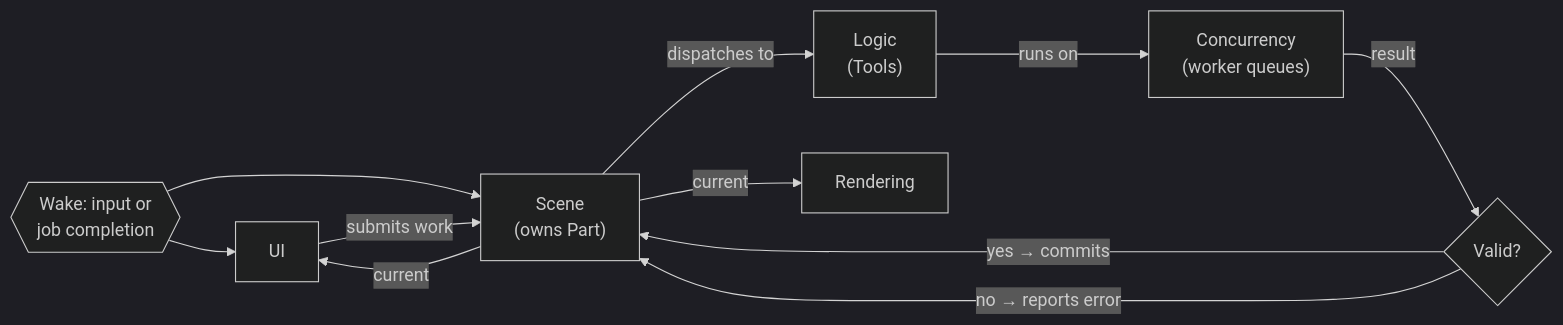
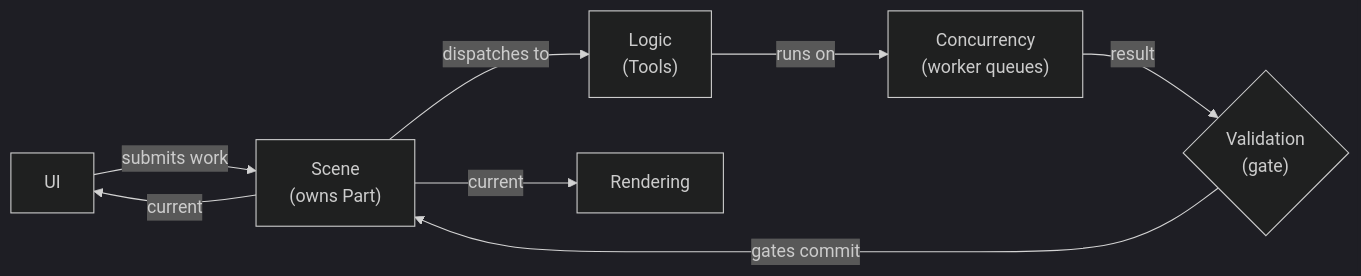
Before and after one commit to NikolaiIFedorov/3d-print-analyser: the first of 6 diagrams in docs/architecture.md, drawn with Mermaid (dark theme). The commit also changed other lines of this file and 3 other files, not shown here.

Commit message:
Diagram conversion

````diff
--- a/docs/architecture.md
+++ b/docs/architecture.md
@@ -54,21 +54,17 @@
 ```mermaid
 flowchart LR
-    Wake{{"Wake: input or<br/>job completion"}}
     UI["UI"]
     Scene["Scene<br/>(owns Part)"]
     Logic["Logic<br/>(Tools)"]
     Concurrency["Concurrency<br/>(worker queues)"]
-    Validation{"Valid?"}
+    Validation{"Validation<br/>(gate)"}
     Rendering["Rendering"]
 
-    Wake --> UI
-    Wake --> Scene
     UI -- "submits work" --> Scene
     Scene -- "dispatches to" --> Logic
     Logic -- "runs on" --> Concurrency
     Concurrency -- "result" --> Validation
-    Validation -- "yes → commits" --> Scene
-    Validation -- "no → reports error" --> Scene
+    Validation -- "gates commit" --> Scene
     Scene -- "current" --> Rendering
     Scene -- "current" --> UI
 ```
````
